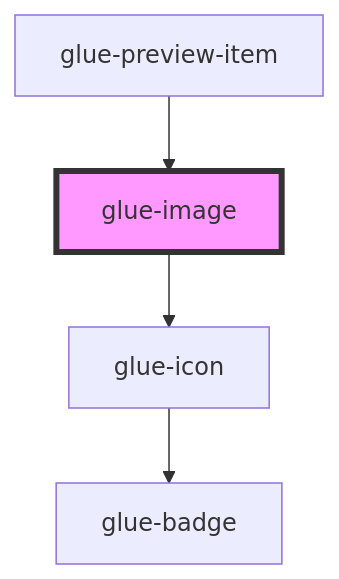
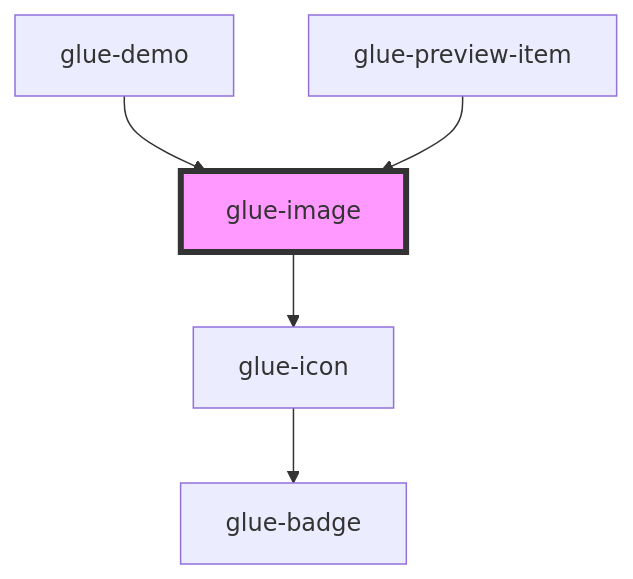
Before and after one commit to grasilife/glue: the diagram in packages/glue-components/src/components/glue-image/readme.md, drawn with Mermaid. The commit also changed other lines of this file and 9 other files, not shown here.

````diff
--- a/packages/glue-components/src/components/glue-image/readme.md
+++ b/packages/glue-components/src/components/glue-image/readme.md
@@ -45,7 +48,8 @@
 ```mermaid
 graph TD;
   glue-image --> glue-icon
   glue-icon --> glue-badge
+  glue-demo --> glue-image
   glue-preview-item --> glue-image
   style glue-image fill:#f9f,stroke:#333,stroke-width:4px
 ```
````
